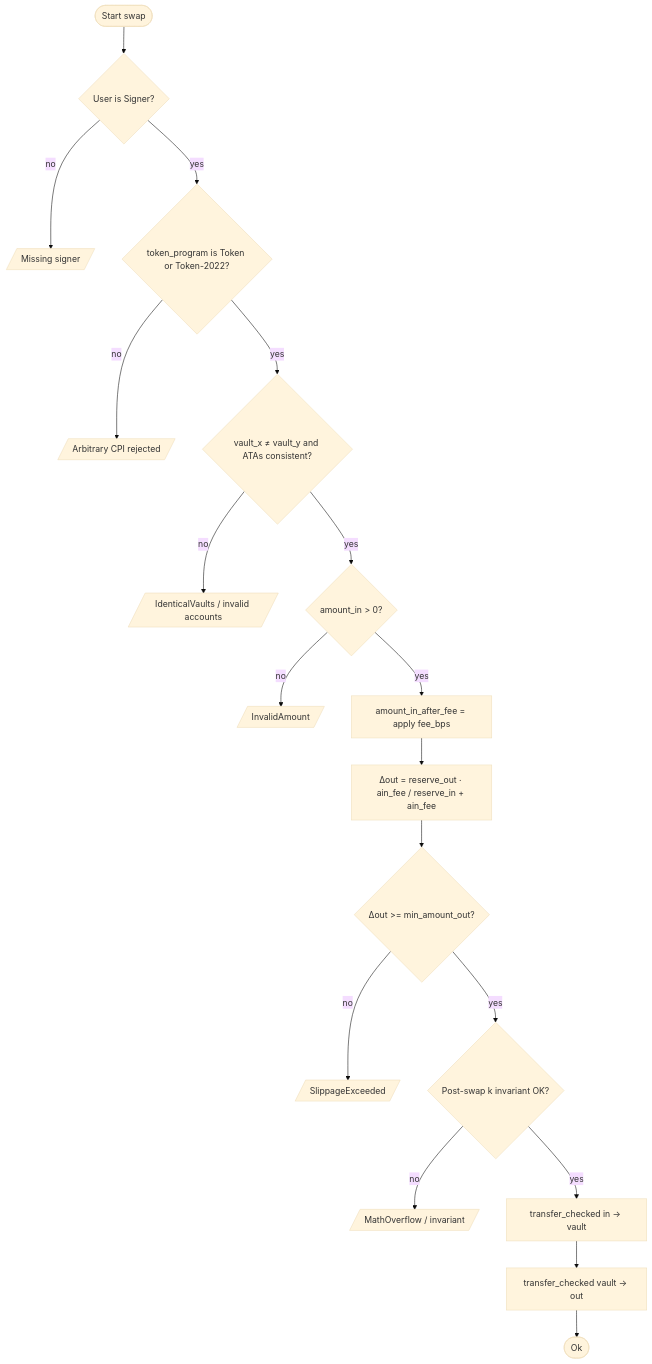
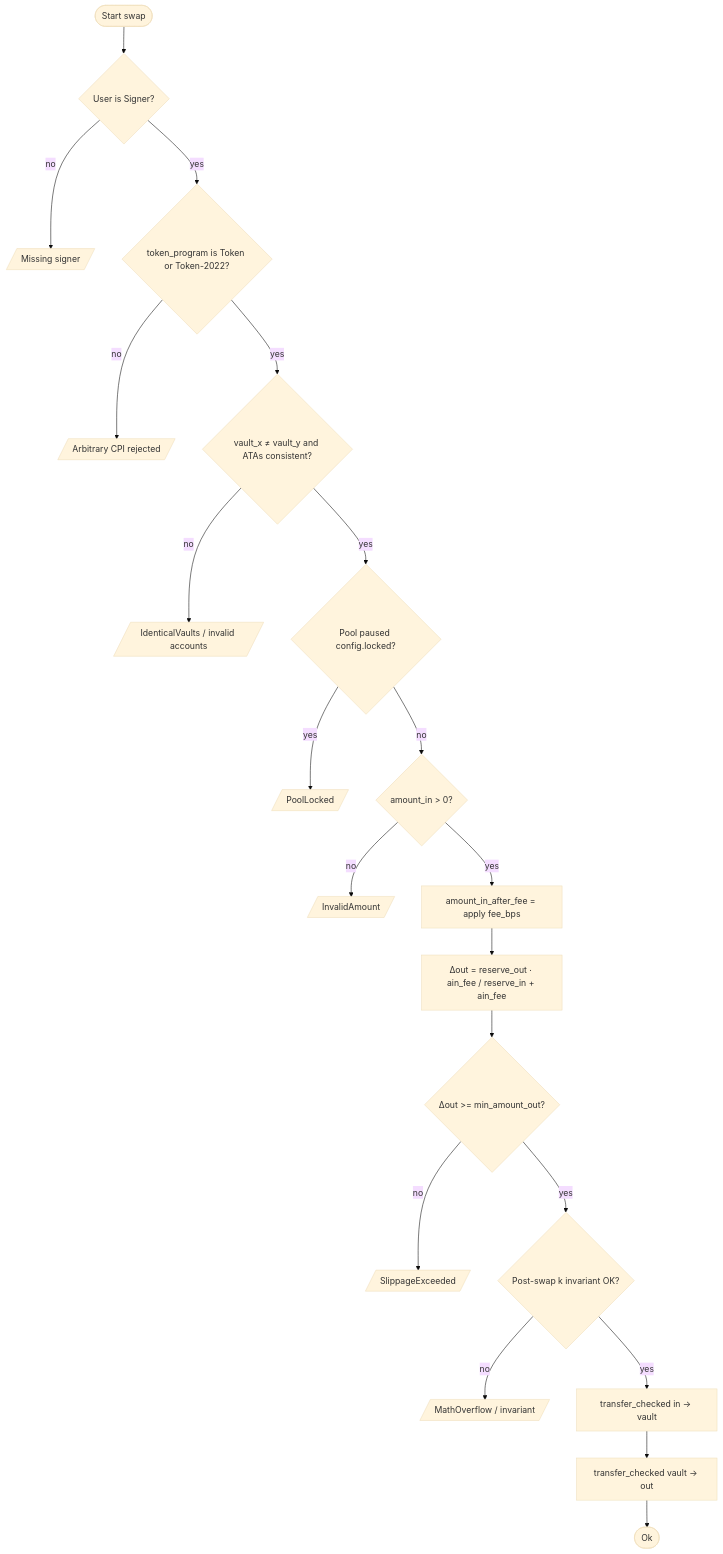
Before and after one commit to rastrahm/solana-amm-anchor: the fourth of 6 diagrams in doc/flujograma-EN.md, drawn with Mermaid (base theme). The commit also changed other lines of this file and 29 other files, not shown here.

````diff
--- a/doc/flujograma-EN.md
+++ b/doc/flujograma-EN.md
@@ -81,20 +89,22 @@
 ```mermaid
 flowchart TD
     A([Start swap]) --> B{User is Signer?}
     B -->|no| E1[/Missing signer/]
     B -->|yes| C{token_program is Token or Token-2022?}
     C -->|no| E2[/Arbitrary CPI rejected/]
     C -->|yes| D{vault_x ≠ vault_y and ATAs consistent?}
     D -->|no| E3[/IdenticalVaults / invalid accounts/]
-    D -->|yes| E{amount_in > 0?}
+    D -->|yes| PL{Pool paused config.locked?}
+    PL -->|yes| E7[/PoolLocked/]
+    PL -->|no| E{amount_in > 0?}
     E -->|no| E4[/InvalidAmount/]
     E -->|yes| F[amount_in_after_fee = apply fee_bps]
     F --> G[Δout = reserve_out · ain_fee / reserve_in + ain_fee]
     G --> H{Δout >= min_amount_out?}
     H -->|no| E5[/SlippageExceeded/]
     H -->|yes| I{Post-swap k invariant OK?}
     I -->|no| E6[/MathOverflow / invariant/]
     I -->|yes| J[transfer_checked in → vault]
     J --> K[transfer_checked vault → out]
     K --> L([Ok])
 ```
````
